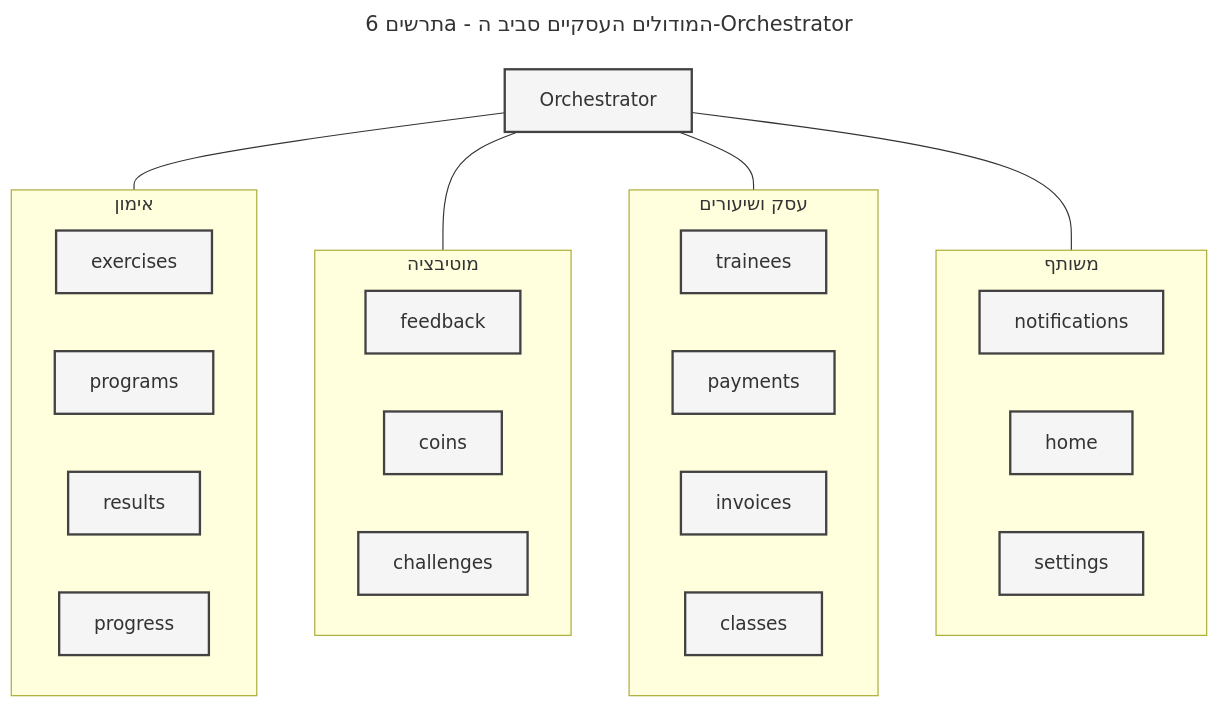
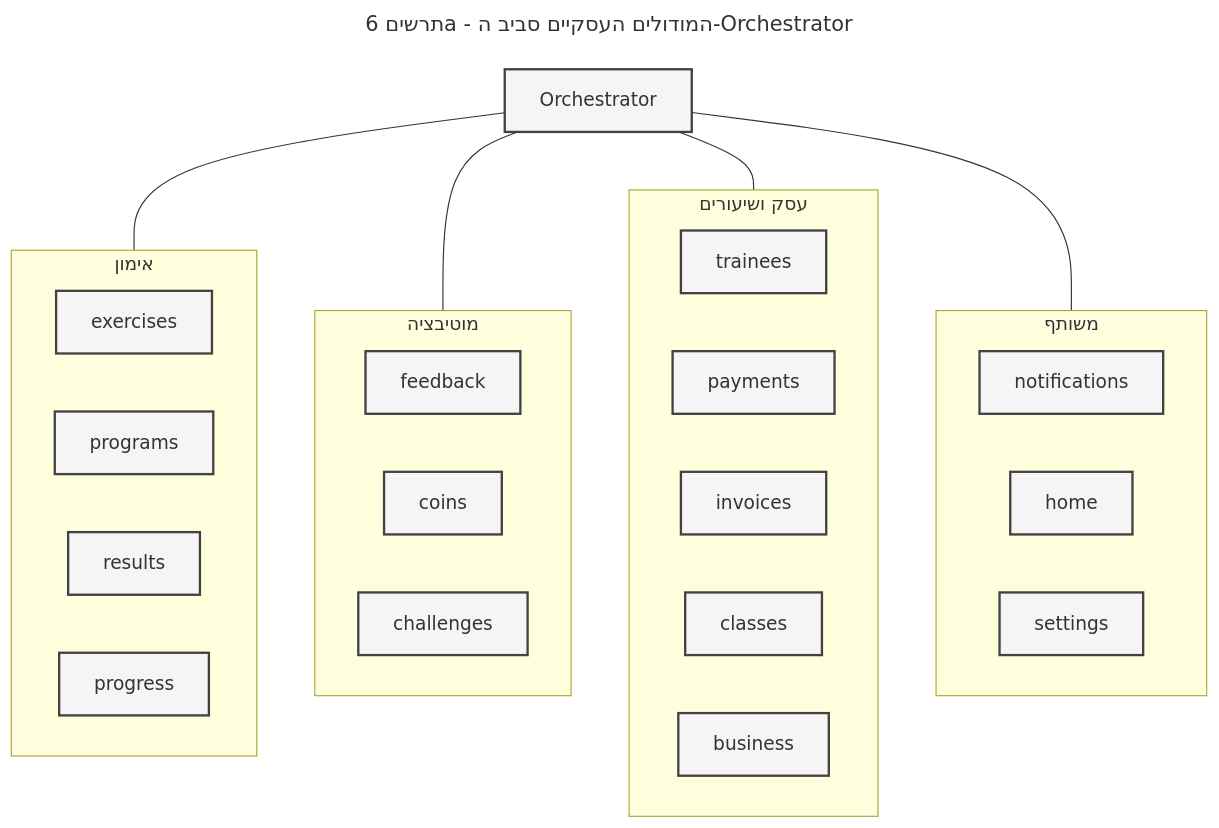
One commit to Sharpop30/fitness-app changed the diagram in project-docs/mermaid/diagram-06a-modules.mmd. Above: the diagram before and after it, drawn with Mermaid. The commit also changed 37 other files, not shown here.

```diff
--- a/project-docs/mermaid/diagram-06a-modules.mmd
+++ b/project-docs/mermaid/diagram-06a-modules.mmd
@@ -1,39 +1,40 @@
 ---
 title: תרשים 6a - המודולים העסקיים סביב ה-Orchestrator
 ---
 flowchart TB
     EP[Orchestrator]
     subgraph Training[אימון]
         M02[exercises]
         M03[programs]
         M04[results]
         M05[progress]
     end
     subgraph Motivation[מוטיבציה]
         M06[feedback]
         M07[coins]
         M08[challenges]
     end
     subgraph Business[עסק ושיעורים]
         M01[trainees]
         M09[payments]
         M10[invoices]
         M11[classes]
+        M15[business]
     end
     subgraph Shared[משותף]
         M12[notifications]
         M13[home]
         M14[settings]
     end
     EP --- Training
     EP --- Motivation
     EP --- Business
     EP --- Shared
 
-    class EP,M01,M02,M03,M04,M05,M06,M07,M08,M09,M10,M11,M12,M13,M14 system
+    class EP,M01,M02,M03,M04,M05,M06,M07,M08,M09,M10,M11,M12,M13,M14,M15 system
 
 classDef person fill:#E3F2FD,stroke:#1565C0,stroke-width:2px
 classDef agent fill:#F3E5F5,stroke:#6A1B9A,stroke-width:2px
 classDef system fill:#F5F5F5,stroke:#424242,stroke-width:2px
 classDef data fill:#E8F5E9,stroke:#2E7D32,stroke-width:2px
 classDef external fill:#FFF3E0,stroke:#E65100,stroke-width:2px
```
